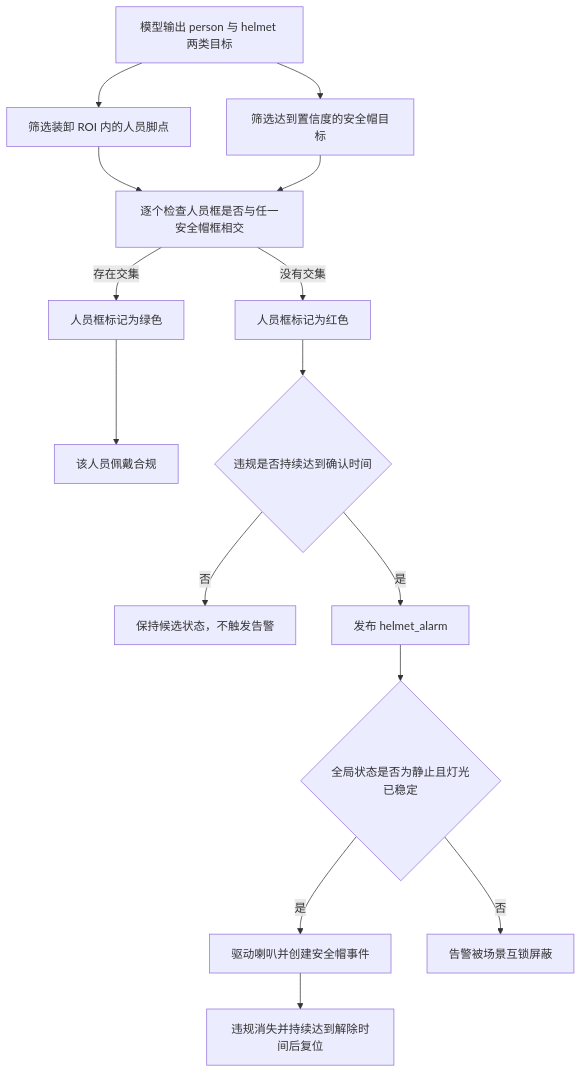
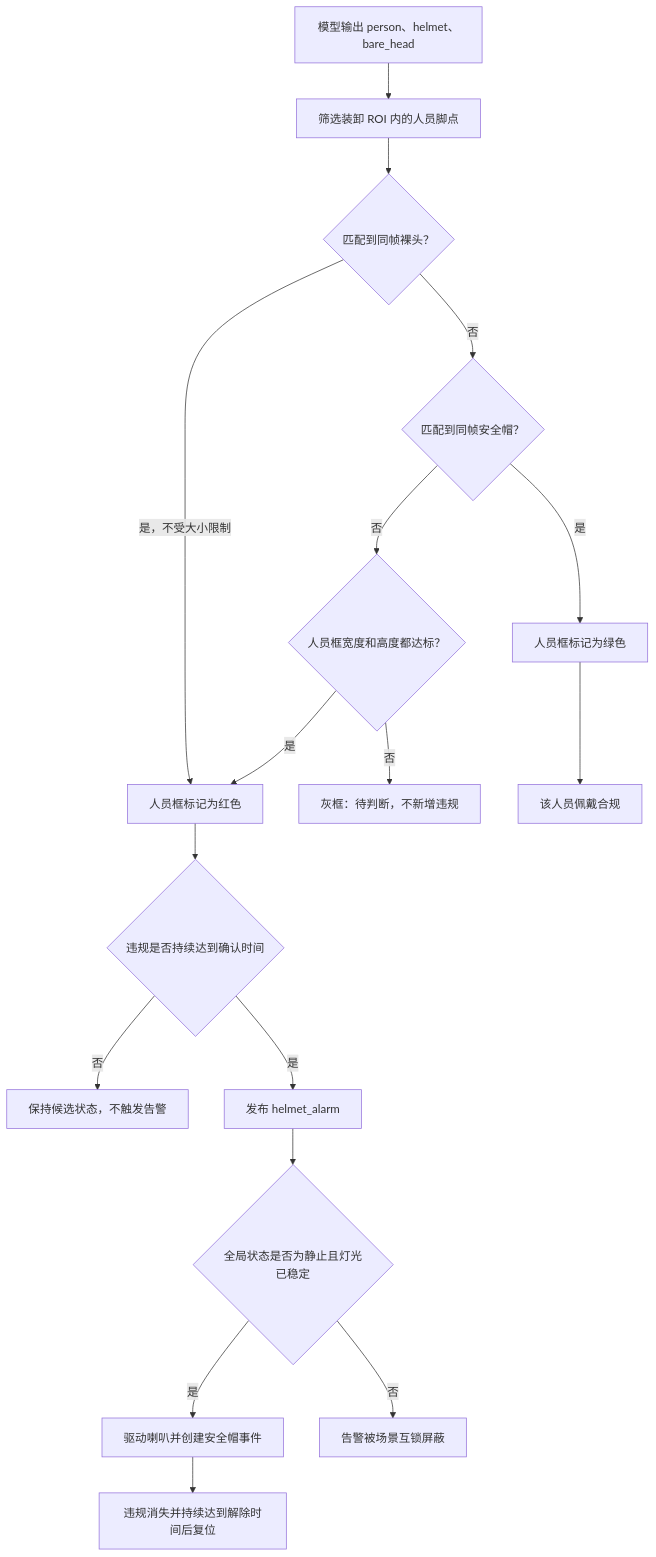
One commit to LaoWei2001/rk3588_visual_analysis_framework changed the sixth of 10 diagrams in projects/global_modules/global_crane_safety_controller/CRANE_SAFETY_SYSTEM_DESIGN.md. Above: the diagram before and after it, drawn with Mermaid. The commit also changed other lines of this file and 207 other files, not shown here.

````diff
--- a/projects/global_modules/global_crane_safety_controller/CRANE_SAFETY_SYSTEM_DESIGN.md
+++ b/projects/global_modules/global_crane_safety_controller/CRANE_SAFETY_SYSTEM_DESIGN.md
@@ -271,17 +271,19 @@
 ```mermaid
 flowchart TD
-    A["模型输出 person 与 helmet 两类目标"] --> B["筛选装卸 ROI 内的人员脚点"]
-    A --> C["筛选达到置信度的安全帽目标"]
-    B --> D["逐个检查人员框是否与任一安全帽框相交"]
-    C --> D
-    D -->|存在交集| K["人员框标记为绿色"]
-    D -->|没有交集| L["人员框标记为红色"]
+    A["模型输出 person、helmet、bare_head"] --> B["筛选装卸 ROI 内的人员脚点"]
+    B --> C{"匹配到同帧裸头？"}
+    C -->|是，不受大小限制| L["人员框标记为红色"]
+    C -->|否| D{"匹配到同帧安全帽？"}
+    D -->|是| K["人员框标记为绿色"]
+    D -->|否| E{"人员框宽度和高度都达标？"}
+    E -->|是| L
+    E -->|否| U["灰框：待判断，不新增违规"]
     K --> R["该人员佩戴合规"]
     L --> M{"违规是否持续达到确认时间"}
     M -->|否| S["保持候选状态，不触发告警"]
     M -->|是| N["发布 helmet_alarm"]
     N --> O{"全局状态是否为静止且灯光已稳定"}
     O -->|是| P["驱动喇叭并创建安全帽事件"]
     O -->|否| Q["告警被场景互锁屏蔽"]
     P --> T["违规消失并持续达到解除时间后复位"]
 ```
````
